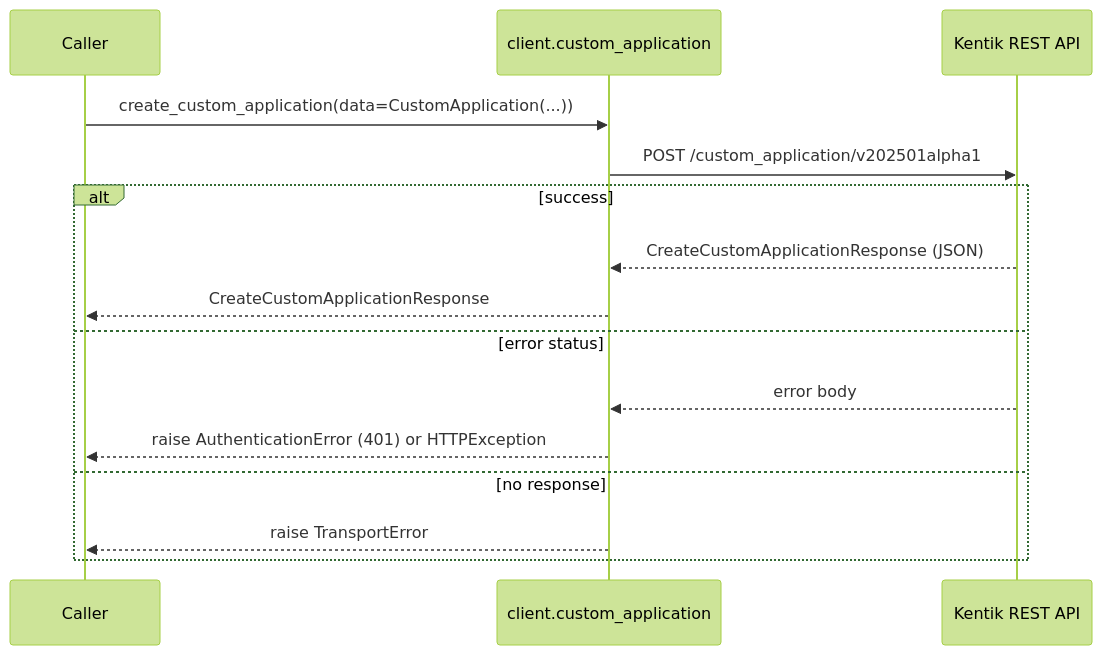
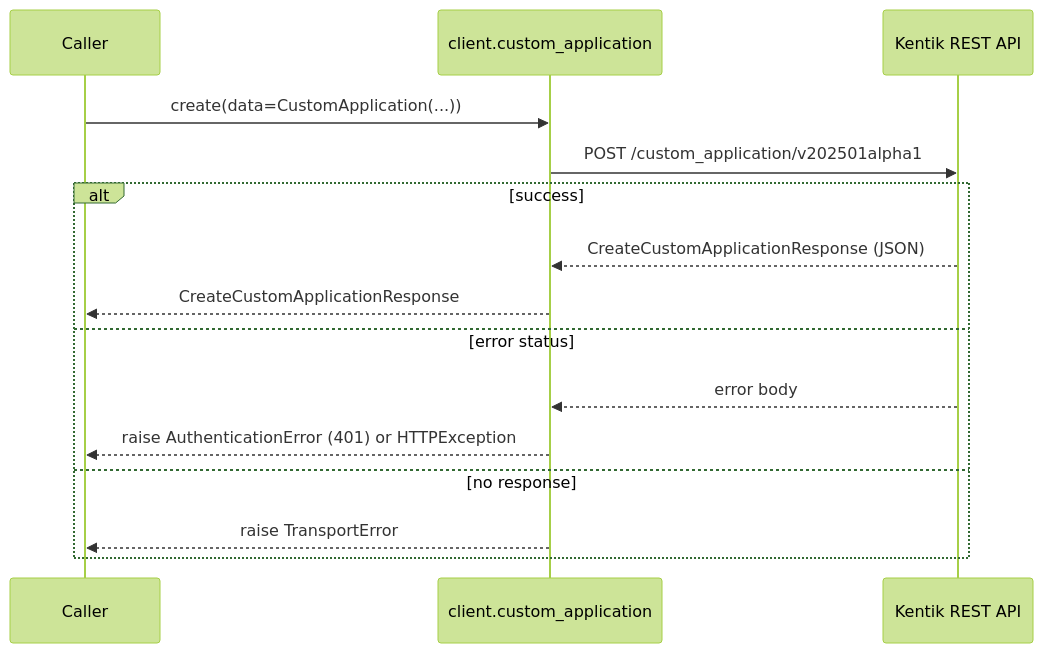
The fourth of 12 diagrams in docs/sphinx/services/custom_application.md (alexdearaujo/community_sdk_python), drawn with Mermaid (forest theme) before and after one commit. The commit also changed other lines of this file and 119 other files, not shown here.

````diff
--- a/docs/sphinx/services/custom_application.md
+++ b/docs/sphinx/services/custom_application.md
@@ -106,18 +106,18 @@
 ```mermaid
 sequenceDiagram
     participant C as Caller
     participant W as client.custom_application
     participant API as Kentik REST API
 
-    C->>W: create_custom_application(data=CustomApplication(...))
+    C->>W: create(data=CustomApplication(...))
     W->>API: POST /custom_application/v202501alpha1
     alt success
         API-->>W: CreateCustomApplicationResponse (JSON)
         W-->>C: CreateCustomApplicationResponse
     else error status
         API-->>W: error body
         W-->>C: raise AuthenticationError (401) or HTTPException
     else no response
         W-->>C: raise TransportError
     end
 ```
````
